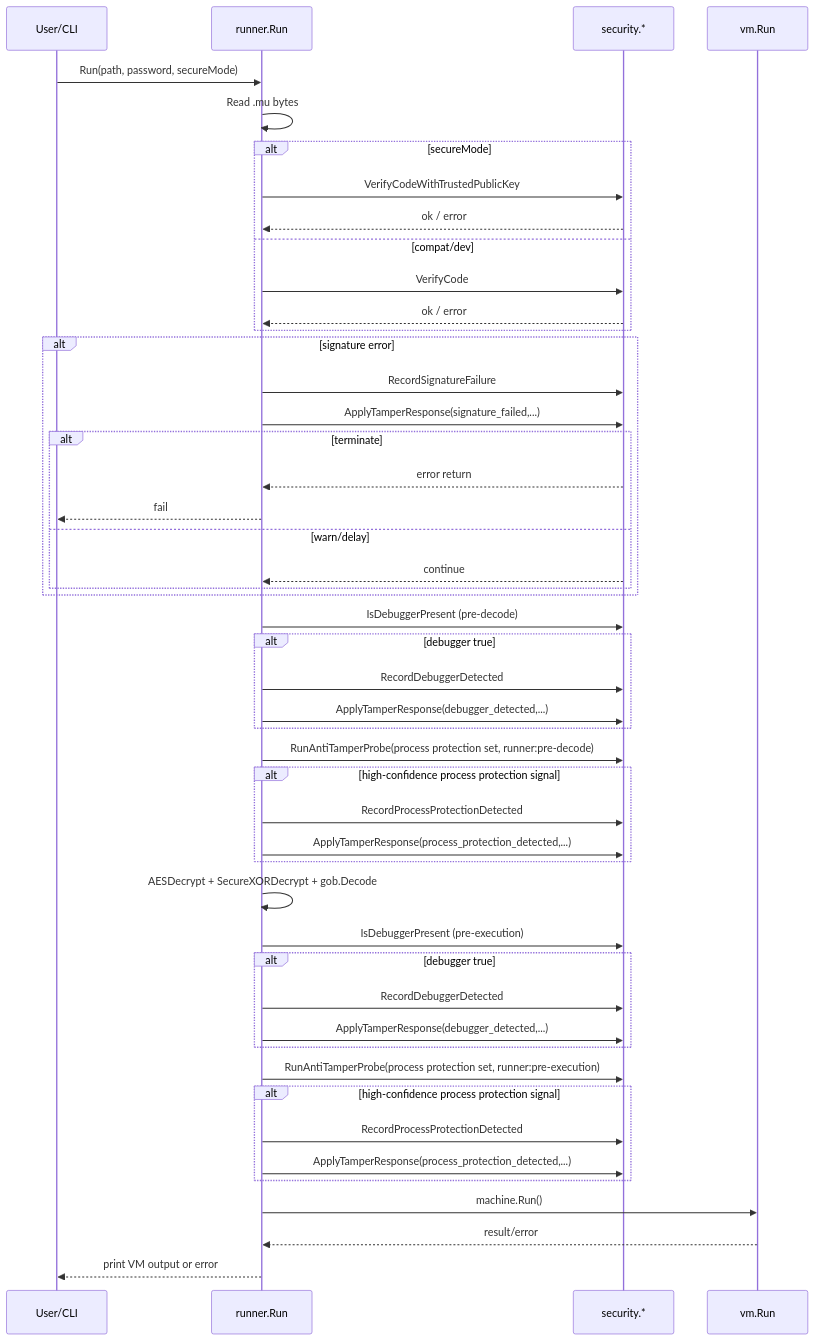
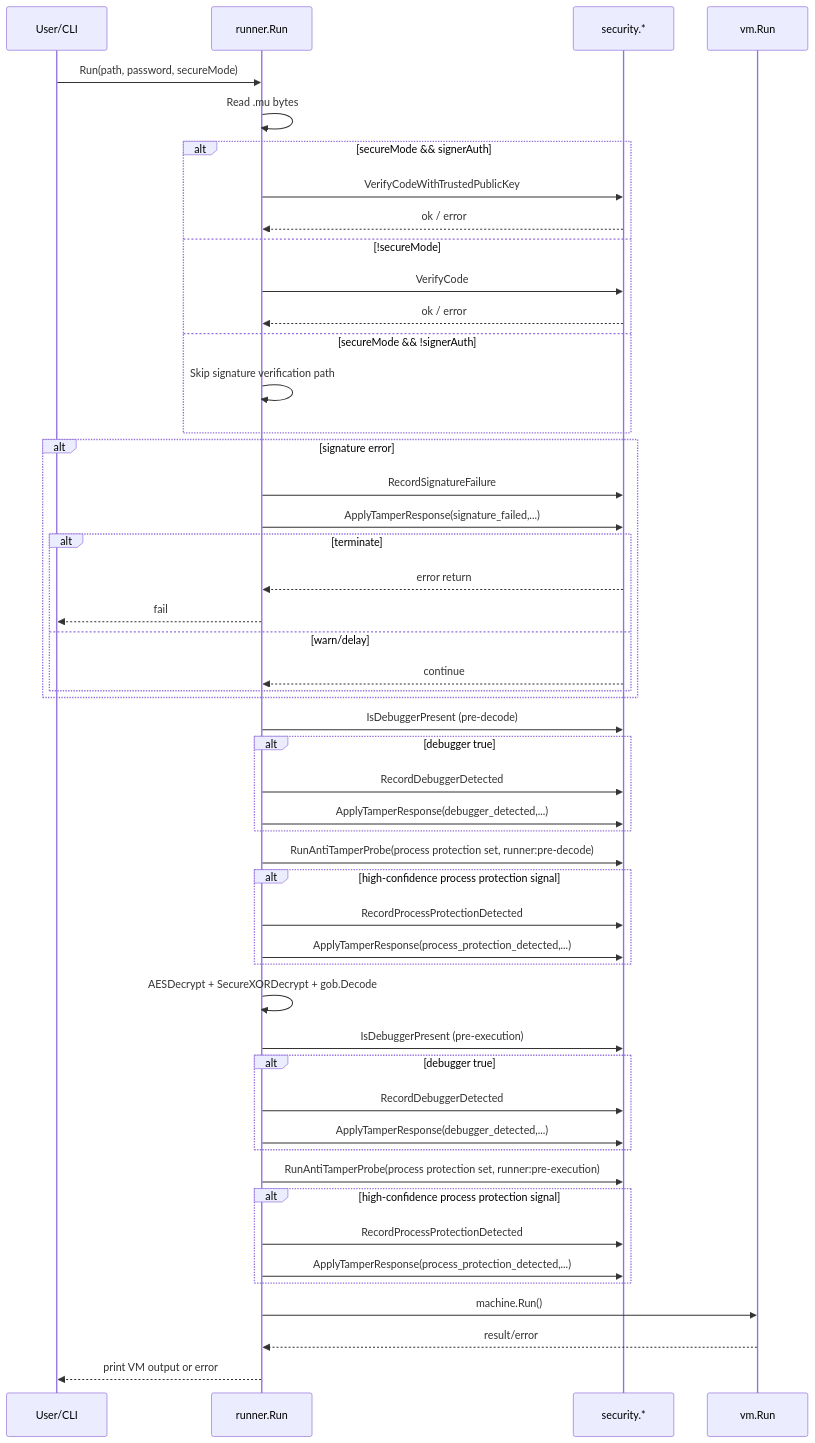
The second of 4 diagrams in docs/SECURITY_LLD.md (aoiflux/mutant), drawn with Mermaid before and after one commit. The commit also changed other lines of this file and 15 other files, not shown here.

````diff
--- a/docs/SECURITY_LLD.md
+++ b/docs/SECURITY_LLD.md
@@ -410,59 +416,61 @@
 ```mermaid
 sequenceDiagram
     participant U as User/CLI
     participant R as runner.Run
     participant S as security.*
     participant V as vm.Run
 
     U->>R: Run(path, password, secureMode)
     R->>R: Read .mu bytes
 
-    alt secureMode
+    alt secureMode && signerAuth
         R->>S: VerifyCodeWithTrustedPublicKey
         S-->>R: ok / error
-    else compat/dev
+    else !secureMode
         R->>S: VerifyCode
         S-->>R: ok / error
+    else secureMode && !signerAuth
+      R->>R: Skip signature verification path
     end
 
     alt signature error
         R->>S: RecordSignatureFailure
         R->>S: ApplyTamperResponse(signature_failed,...)
         alt terminate
             S-->>R: error return
             R-->>U: fail
         else warn/delay
             S-->>R: continue
         end
     end
 
     R->>S: IsDebuggerPresent (pre-decode)
     alt debugger true
         R->>S: RecordDebuggerDetected
         R->>S: ApplyTamperResponse(debugger_detected,...)
     end
 
     R->>S: RunAntiTamperProbe(process protection set, runner:pre-decode)
     alt high-confidence process protection signal
       R->>S: RecordProcessProtectionDetected
       R->>S: ApplyTamperResponse(process_protection_detected,...)
     end
 
     R->>R: AESDecrypt + SecureXORDecrypt + gob.Decode
 
     R->>S: IsDebuggerPresent (pre-execution)
     alt debugger true
         R->>S: RecordDebuggerDetected
         R->>S: ApplyTamperResponse(debugger_detected,...)
     end
 
     R->>S: RunAntiTamperProbe(process protection set, runner:pre-execution)
     alt high-confidence process protection signal
       R->>S: RecordProcessProtectionDetected
       R->>S: ApplyTamperResponse(process_protection_detected,...)
     end
 
     R->>V: machine.Run()
     V-->>R: result/error
     R-->>U: print VM output or error
 ```
````
